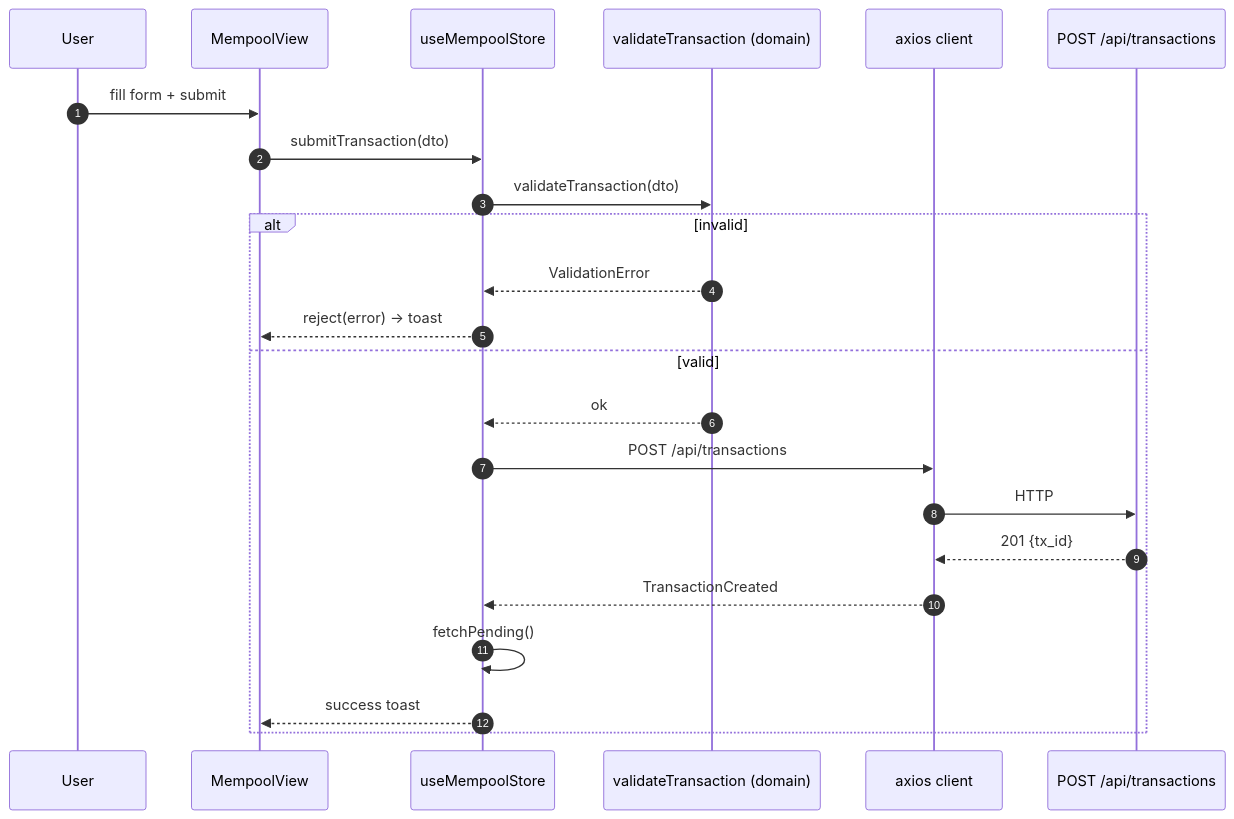
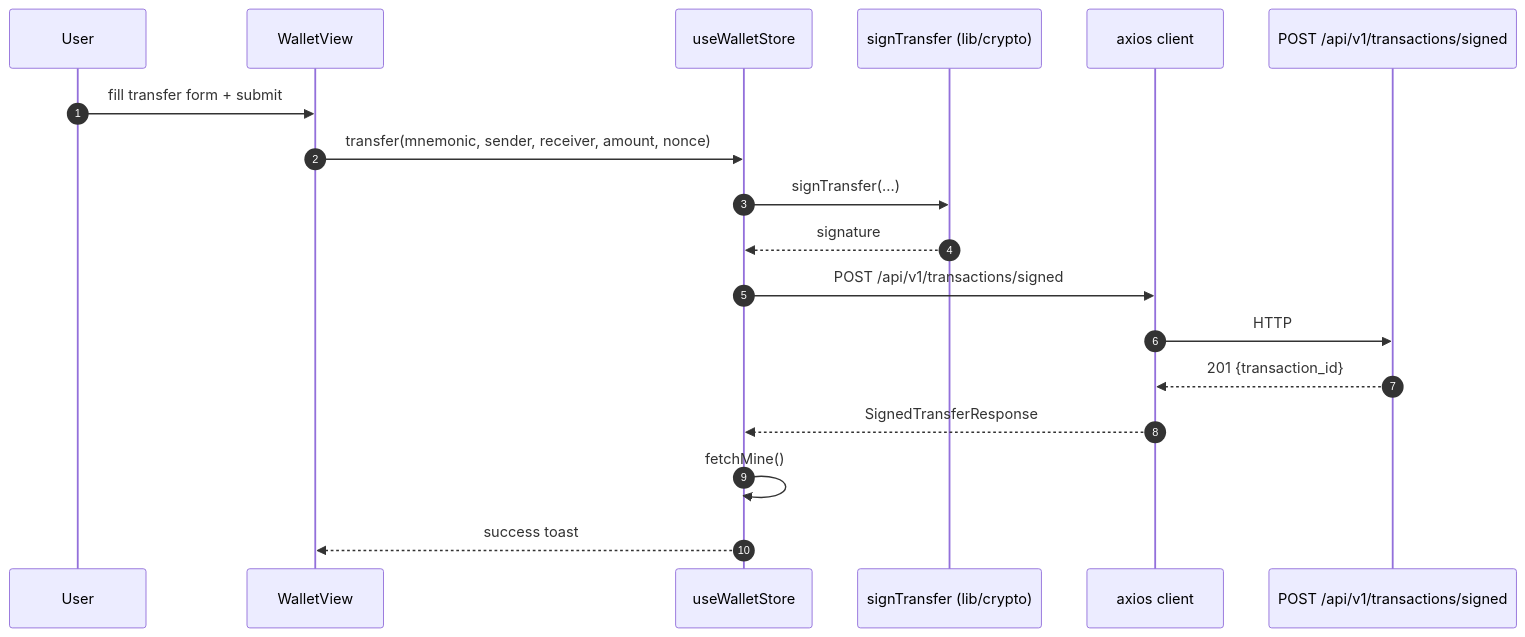
Before and after one commit to basic-blockchain/basic-blockchain-frontend: the fourth of 8 diagrams in docs/architecture.md, drawn with Mermaid. The commit also changed other lines of this file and 1 other file, not shown here.

Commit message:
docs(architecture): refresh architecture + components catalog

````diff
--- a/docs/architecture.md
+++ b/docs/architecture.md
@@ -175,26 +191,21 @@
 ```mermaid
 sequenceDiagram
     autonumber
     participant U as User
-    participant MV as MempoolView
-    participant MS as useMempoolStore
-    participant DV as validateTransaction (domain)
+    participant WV as WalletView
+    participant WS as useWalletStore
+    participant SG as signTransfer (lib/crypto)
     participant AX as axios client
-    participant BE as POST /api/transactions
+    participant BE as POST /api/v1/transactions/signed
 
-    U->>MV: fill form + submit
-    MV->>MS: submitTransaction(dto)
-    MS->>DV: validateTransaction(dto)
-    alt invalid
-        DV-->>MS: ValidationError
-        MS-->>MV: reject(error) -> toast
-    else valid
-        DV-->>MS: ok
-        MS->>AX: POST /api/transactions
-        AX->>BE: HTTP
-        BE-->>AX: 201 {tx_id}
-        AX-->>MS: TransactionCreated
-        MS->>MS: fetchPending()
-        MS-->>MV: success toast
-    end
+    U->>WV: fill transfer form + submit
+    WV->>WS: transfer(mnemonic, sender, receiver, amount, nonce)
+    WS->>SG: signTransfer(...)
+    SG-->>WS: signature
+    WS->>AX: POST /api/v1/transactions/signed
+    AX->>BE: HTTP
+    BE-->>AX: 201 {transaction_id}
+    AX-->>WS: SignedTransferResponse
+    WS->>WS: fetchMine()
+    WS-->>WV: success toast
 ```
````
